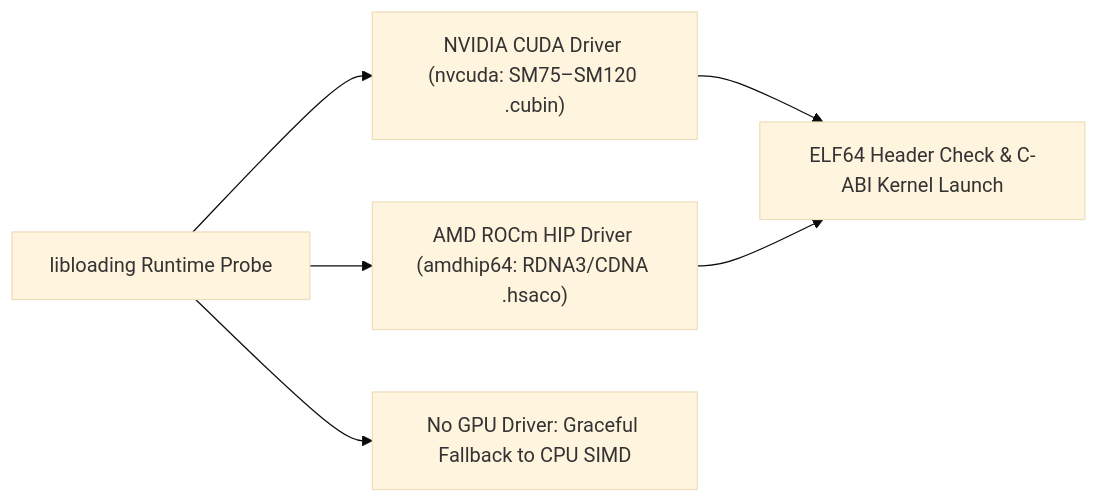
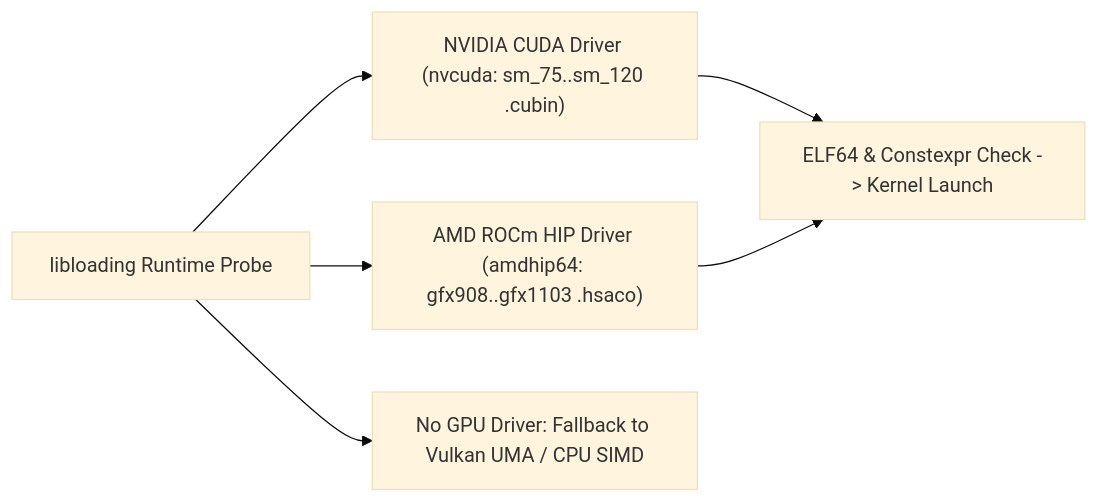
The diagram in docs/optimize/triton_aot/README.md (cloverx-id/luminamoon), drawn with Mermaid (base theme) before and after one commit. The commit also changed other lines of this file and 6 other files, not shown here.

````diff
--- a/docs/optimize/triton_aot/README.md
+++ b/docs/optimize/triton_aot/README.md
@@ -11,8 +11,8 @@
 ```mermaid
 flowchart LR
-    Probe["libloading Runtime Probe"] --> CUDA["NVIDIA CUDA Driver (nvcuda: SM75–SM120 .cubin)"]
-    Probe --> ROCm["AMD ROCm HIP Driver (amdhip64: RDNA3/CDNA .hsaco)"]
-    Probe --> Fallback["No GPU Driver: Graceful Fallback to CPU SIMD"]
-    CUDA --> Launch["ELF64 Header Check & C-ABI Kernel Launch"]
+    Probe["libloading Runtime Probe"] --> CUDA["NVIDIA CUDA Driver (nvcuda: sm_75..sm_120 .cubin)"]
+    Probe --> ROCm["AMD ROCm HIP Driver (amdhip64: gfx908..gfx1103 .hsaco)"]
+    Probe --> Fallback["No GPU Driver: Fallback to Vulkan UMA / CPU SIMD"]
+    CUDA --> Launch["ELF64 & Constexpr Check -> Kernel Launch"]
     ROCm --> Launch
 ```
````
